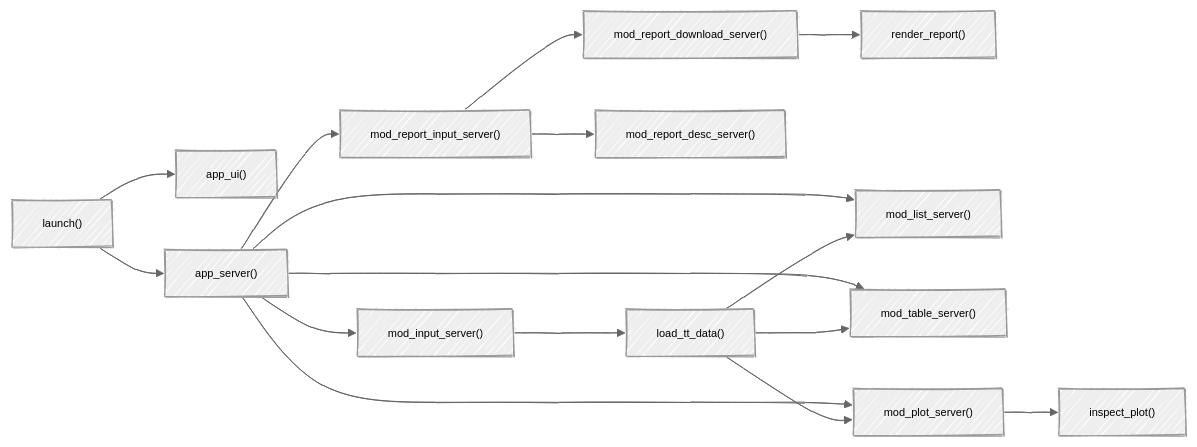
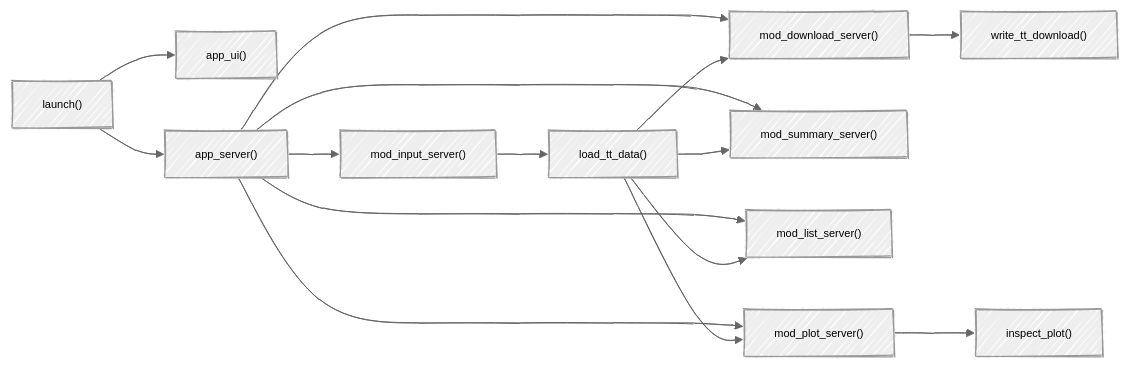
Before and after one commit to mjfrigaard/ttdviewer: the first of 4 diagrams in README.md, drawn with Mermaid. The commit also changed other lines of this file and 87 other files, not shown here.

````diff
--- a/README.md
+++ b/README.md
@@ -39,19 +38,18 @@
 ```mermaid
 %%{init: {'theme': 'neutral', 'look': 'handDrawn', 'themeVariables': { 'fontFamily': 'monospace', 'fontSize':'11px'}}}%%
 flowchart LR
   Launch["launch()"] --> UI["app_ui()"]
   Launch --> Server["app_server()"]
   Server --> Input["mod_input_server()"]
   Input --> Data["load_tt_data()"]
-  Server --> ReportInput["mod_report_input_server()"]
-  ReportInput --> ReportDesc["mod_report_desc_server()"]
-  ReportInput --> ReportDownload["mod_report_download_server()"]
-  ReportDownload --> RenderReport["render_report()"]
+  Server --> Download["mod_download_server()"]
+  Download --> WriteDownload["write_tt_download()"]
+  Server --> Summary["mod_summary_server()"]
   Server --> List["mod_list_server()"]
-  Server --> Table["mod_table_server()"]
   Server --> Plot["mod_plot_server()"]
   Plot --> InspectPlot["inspect_plot()"]
+  Data --> Summary
+  Data --> Download
   Data --> List
-  Data --> Table
   Data --> Plot
 ```
````
